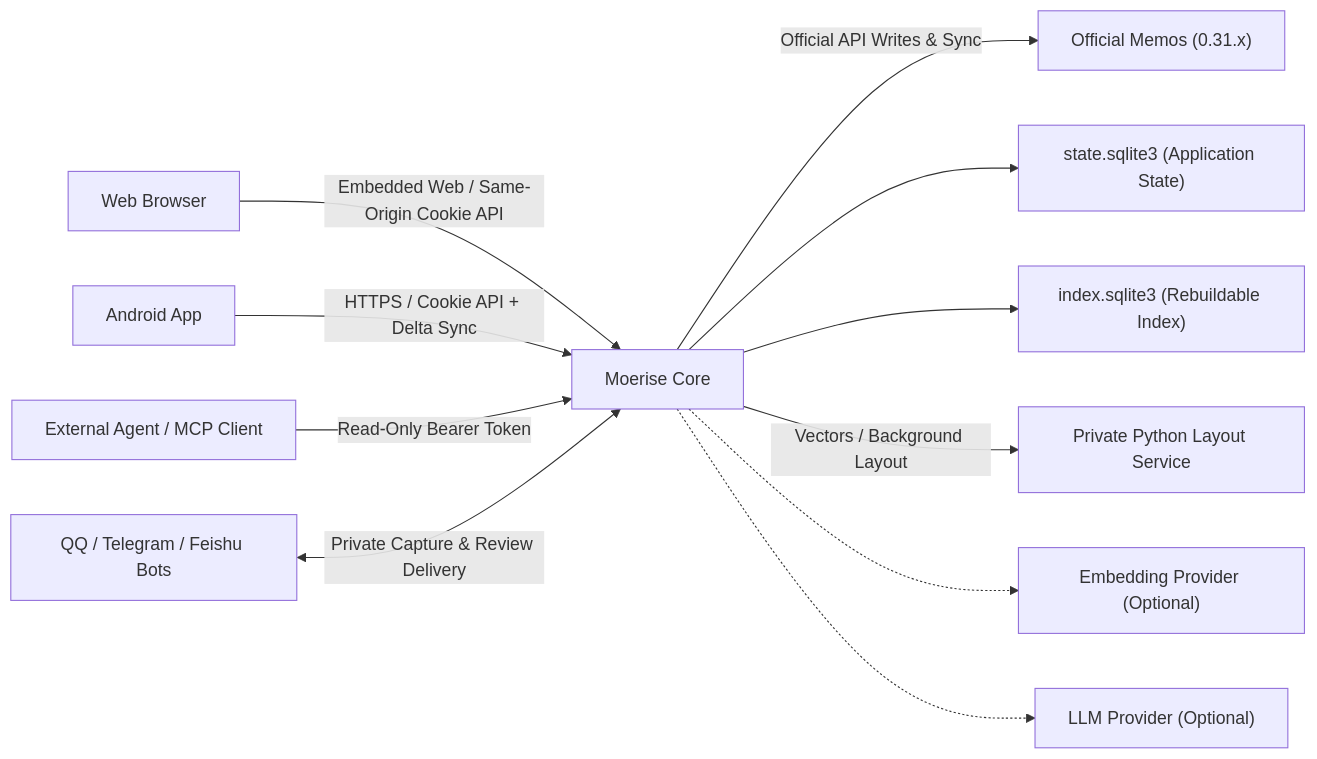
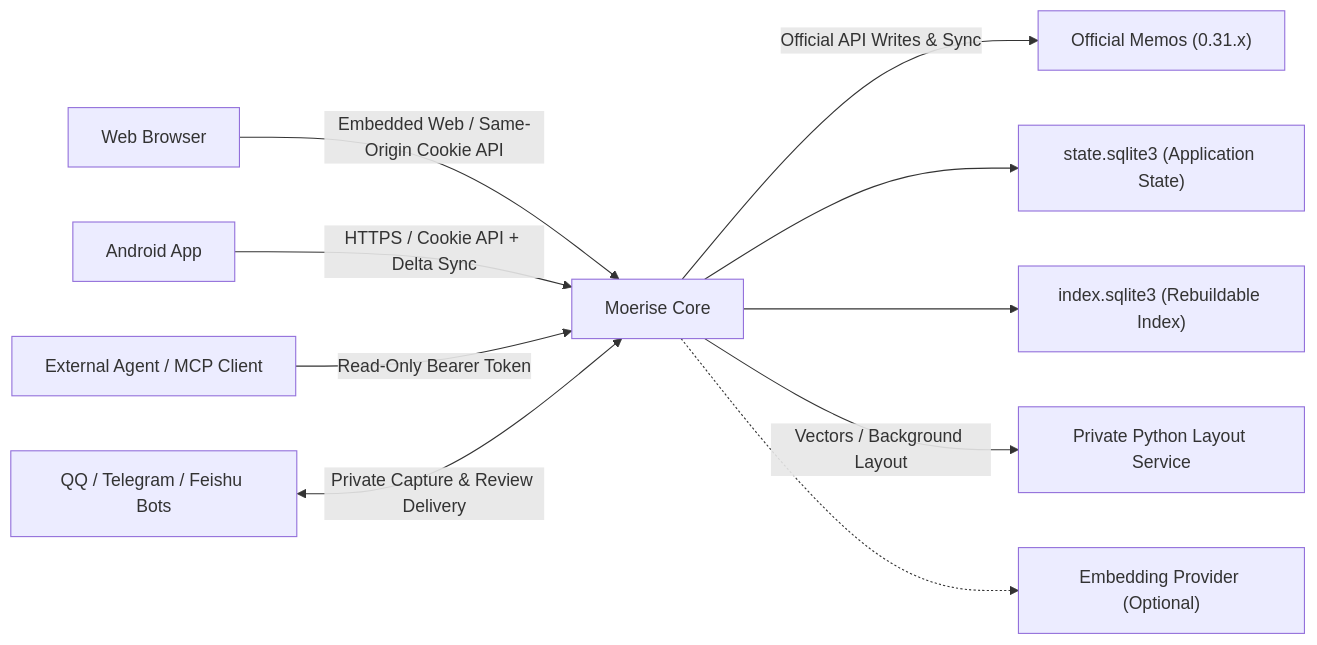
The diagram in README.en.md (Fermin214/Moerise), drawn with Mermaid before and after one commit. The commit also changed other lines of this file and 191 other files, not shown here.

````diff
--- a/README.en.md
+++ b/README.en.md
@@ -26,14 +25,13 @@
 ```mermaid
 flowchart LR
     Web["Web Browser"] -->|"Embedded Web / Same-Origin Cookie API"| Core["Moerise Core"]
     Android["Android App"] -->|"HTTPS / Cookie API + Delta Sync"| Core
     Agent["External Agent / MCP Client"] -->|"Read-Only Bearer Token"| Core
     Bots["QQ / Telegram / Feishu Bots"] <-->|"Private Capture & Review Delivery"| Core
 
     Core -->|"Official API Writes & Sync"| Memos["Official Memos (0.31.x)"]
     Core --> State["state.sqlite3 (Application State)"]
     Core --> Index["index.sqlite3 (Rebuildable Index)"]
     Core -->|"Vectors / Background Layout"| Layout["Private Python Layout Service"]
     Core -.-> Embedding["Embedding Provider (Optional)"]
-    Core -.-> LLM["LLM Provider (Optional)"]
 ```
````
